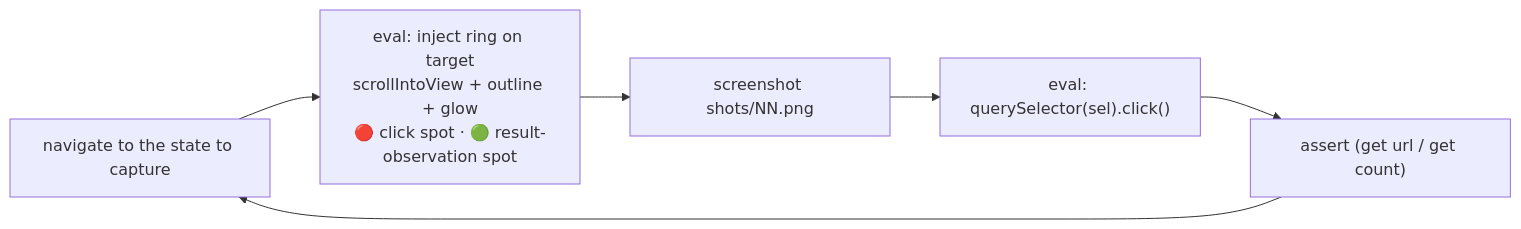
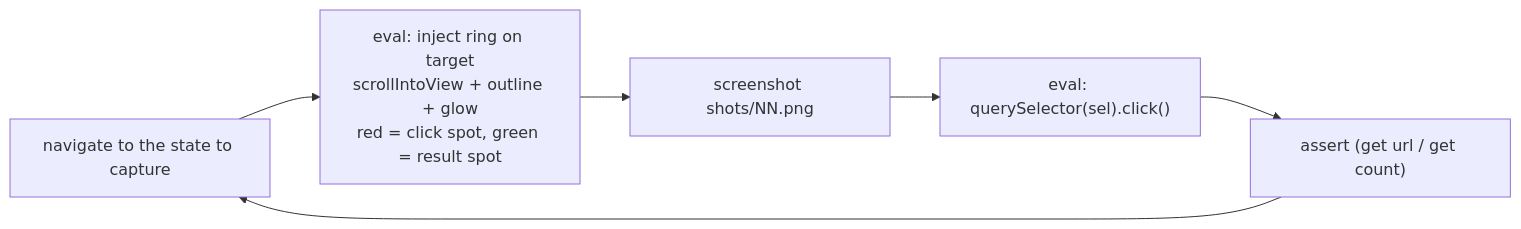
The fifth of 5 diagrams in docs/ARCHITECTURE.md (wichtking/agent-browser-qa), drawn with Mermaid before and after one commit. The commit also changed other lines of this file and 1 other file, not shown here.

First line of the commit message:
docs: apply the plainer voice to ARCHITECTURE and TEAM-PROCESS

````diff
--- a/docs/ARCHITECTURE.md
+++ b/docs/ARCHITECTURE.md
@@ -115,8 +115,8 @@
 ```mermaid
 flowchart LR
-    nav["navigate to the state to capture"] --> hl["eval: inject ring on target<br/>scrollIntoView + outline + glow<br/>🔴 click spot · 🟢 result-observation spot"]
+    nav["navigate to the state to capture"] --> hl["eval: inject ring on target<br/>scrollIntoView + outline + glow<br/>red = click spot, green = result spot"]
     hl --> shot["screenshot shots/NN.png"]
     shot --> act["eval: querySelector(sel).click()"]
     act --> asrt["assert (get url / get count)"]
     asrt --> nav
 ```
````
